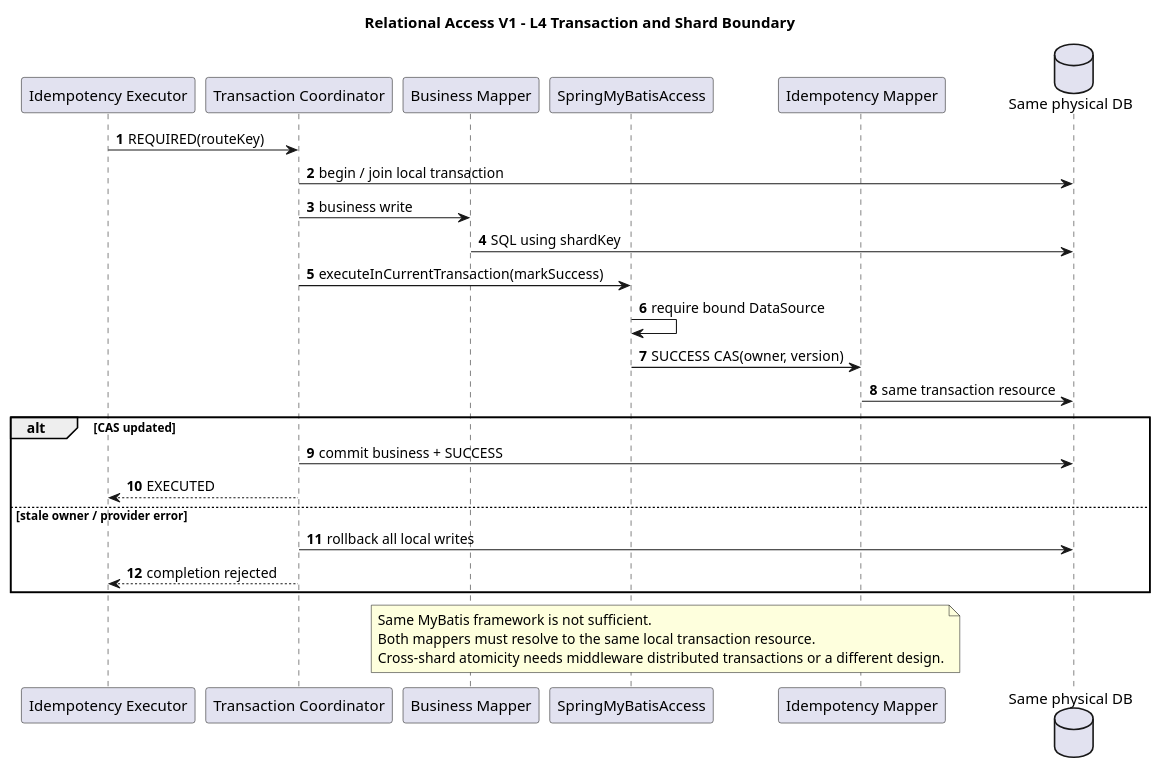
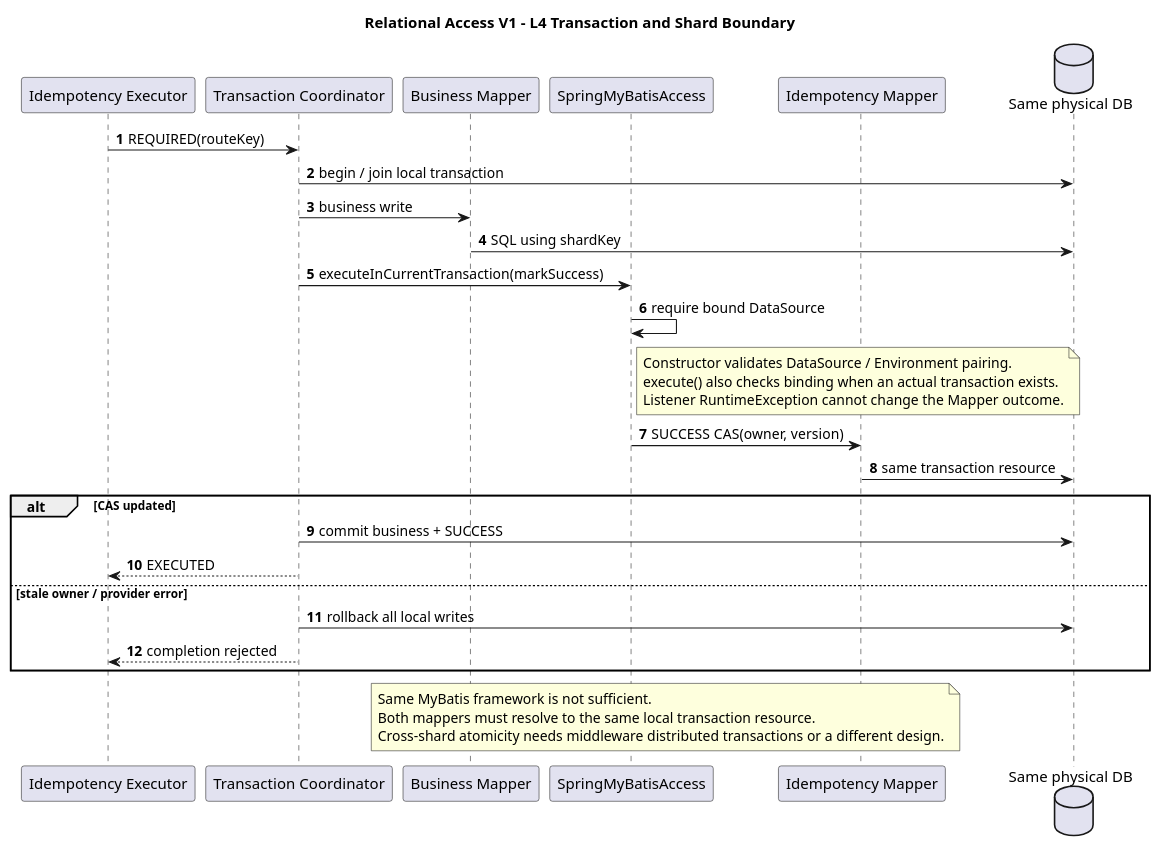
The diagram in component/relational-access-component/docs/diagrams/sequence/L4-transaction-boundary.puml (pbxjtumse/iron-components-java), drawn with PlantUML before and after one commit. The commit also changed 31 other files, not shown here.

```diff
--- a/component/relational-access-component/docs/diagrams/sequence/L4-transaction-boundary.puml
+++ b/component/relational-access-component/docs/diagrams/sequence/L4-transaction-boundary.puml
@@ -1,34 +1,39 @@
 @startuml
 title Relational Access V1 - L4 Transaction and Shard Boundary
 autonumber
 
 participant "Idempotency Executor" as Exec
 participant "Transaction Coordinator" as Tx
 participant "Business Mapper" as Biz
 participant "SpringMyBatisAccess" as Access
 participant "Idempotency Mapper" as Idem
 database "Same physical DB" as DB
 
 Exec -> Tx : REQUIRED(routeKey)
 Tx -> DB : begin / join local transaction
 Tx -> Biz : business write
 Biz -> DB : SQL using shardKey
 Tx -> Access : executeInCurrentTransaction(markSuccess)
 Access -> Access : require bound DataSource
+note right of Access
+Constructor validates DataSource / Environment pairing.
+execute() also checks binding when an actual transaction exists.
+Listener RuntimeException cannot change the Mapper outcome.
+end note
 Access -> Idem : SUCCESS CAS(owner, version)
 Idem -> DB : same transaction resource
 
 alt CAS updated
   Tx -> DB : commit business + SUCCESS
   Tx --> Exec : EXECUTED
 else stale owner / provider error
   Tx -> DB : rollback all local writes
   Tx --> Exec : completion rejected
 end
 
 note over Biz,Idem
 Same MyBatis framework is not sufficient.
 Both mappers must resolve to the same local transaction resource.
 Cross-shard atomicity needs middleware distributed transactions or a different design.
 end note
 @enduml
```
